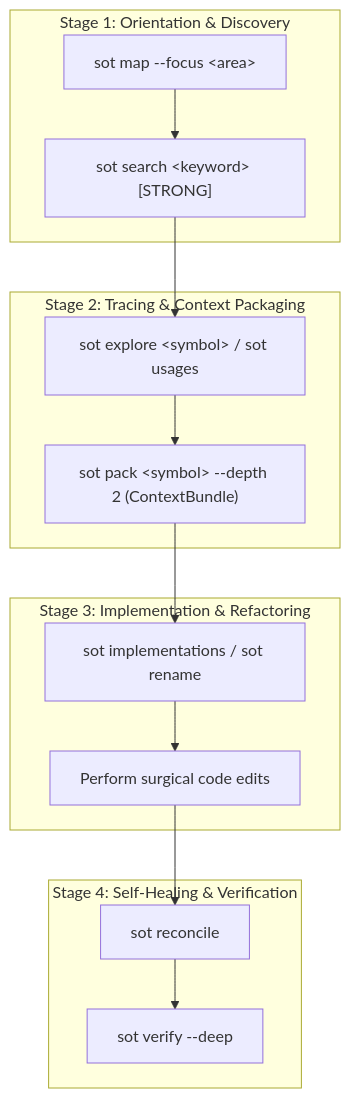
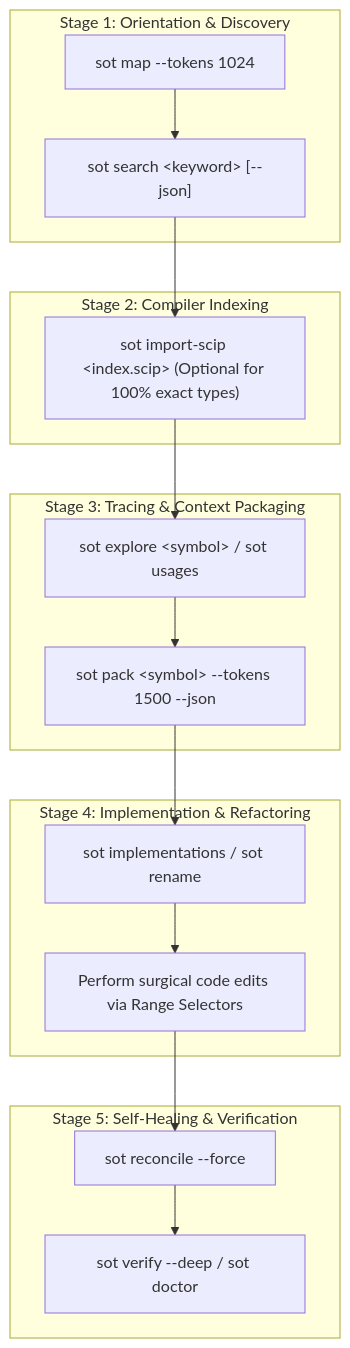
Before and after one commit to minhgv/sot-graph: the diagram in docs/WORKFLOW_GUIDELINES.md, drawn with Mermaid. The commit also changed other lines of this file and 10 other files, not shown here.

Commit message:
docs(skills): update agent rules, guidelines, and skills for Schema v5 & Multi-Provider architecture

````diff
--- a/docs/WORKFLOW_GUIDELINES.md
+++ b/docs/WORKFLOW_GUIDELINES.md
@@ -51,21 +97,25 @@
 ```mermaid
 flowchart TD
     subgraph S1 [Stage 1: Orientation & Discovery]
-        A["sot map --focus &lt;area&gt;"] --> B["sot search &lt;keyword&gt; [STRONG]"]
+        A["sot map --tokens 1024"] --> B["sot search &lt;keyword&gt; [--json]"]
     end
     
-    subgraph S2 [Stage 2: Tracing & Context Packaging]
-        B --> C["sot explore &lt;symbol&gt; / sot usages"]
-        C --> D["sot pack &lt;symbol&gt; --depth 2 (ContextBundle)"]
+    subgraph S2 [Stage 2: Compiler Indexing]
+        B --> C["sot import-scip &lt;index.scip&gt; (Optional for 100% exact types)"]
     end
     
-    subgraph S3 [Stage 3: Implementation & Refactoring]
-        D --> E["sot implementations / sot rename"]
-        E --> F["Perform surgical code edits"]
+    subgraph S3 [Stage 3: Tracing & Context Packaging]
+        C --> D["sot explore &lt;symbol&gt; / sot usages"]
+        D --> E["sot pack &lt;symbol&gt; --tokens 1500 --json"]
     end
     
-    subgraph S4 [Stage 4: Self-Healing & Verification]
-        F --> G["sot reconcile"]
-        G --> H["sot verify --deep"]
+    subgraph S4 [Stage 4: Implementation & Refactoring]
+        E --> F["sot implementations / sot rename"]
+        F --> G["Perform surgical code edits via Range Selectors"]
+    end
+    
+    subgraph S5 [Stage 5: Self-Healing & Verification]
+        G --> H["sot reconcile --force"]
+        H --> I["sot verify --deep / sot doctor"]
     end
 ```
````
